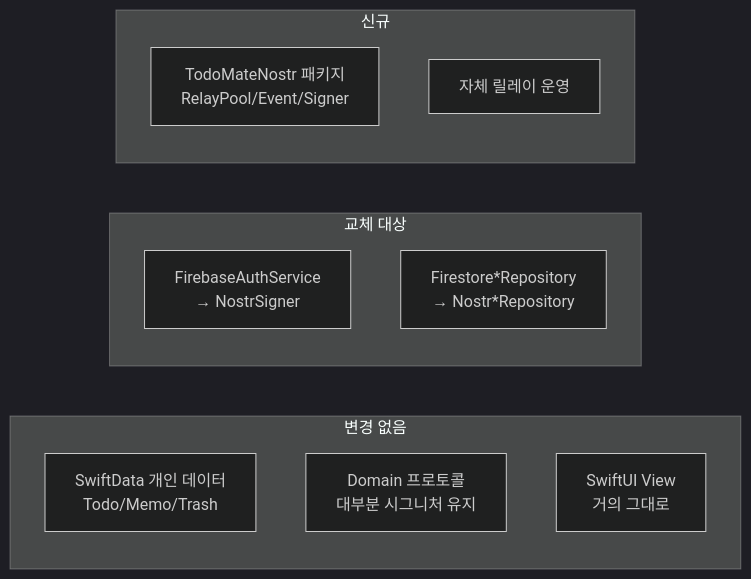
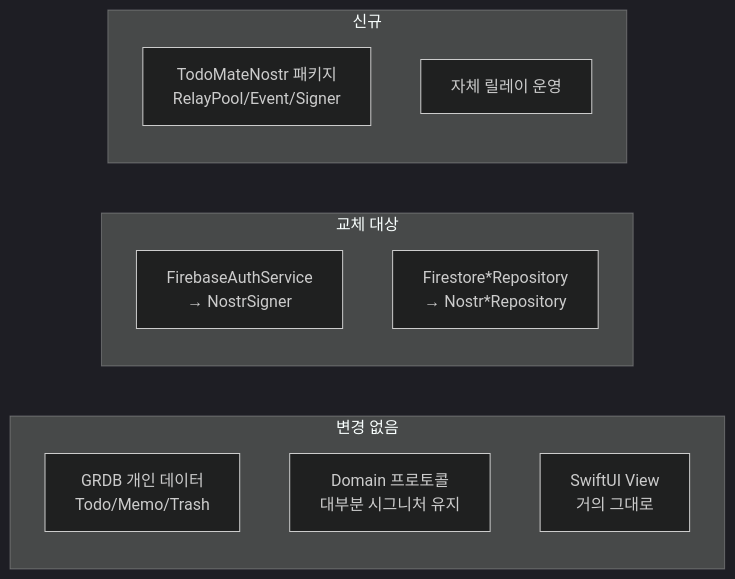
The diagram in docs/nostr/README.md (hot666666/TodoMate), drawn with Mermaid (dark theme) before and after one commit. The commit also changed other lines of this file and 23 other files, not shown here.

````diff
--- a/docs/nostr/README.md
+++ b/docs/nostr/README.md
@@ -42,16 +47,16 @@
 ```mermaid
 graph LR
     subgraph 유지["변경 없음"]
-        Local["SwiftData 개인 데이터<br/>Todo/Memo/Trash"]
+        Local["GRDB 개인 데이터<br/>Todo/Memo/Trash"]
         Domain["Domain 프로토콜<br/>대부분 시그니처 유지"]
         View["SwiftUI View<br/>거의 그대로"]
     end
     subgraph 교체["교체 대상"]
         Auth["FirebaseAuthService<br/>→ NostrSigner"]
         Repo["Firestore*Repository<br/>→ Nostr*Repository"]
     end
     subgraph 신규["신규"]
         Core["TodoMateNostr 패키지<br/>RelayPool/Event/Signer"]
         Relay["자체 릴레이 운영"]
     end
 ```
````
